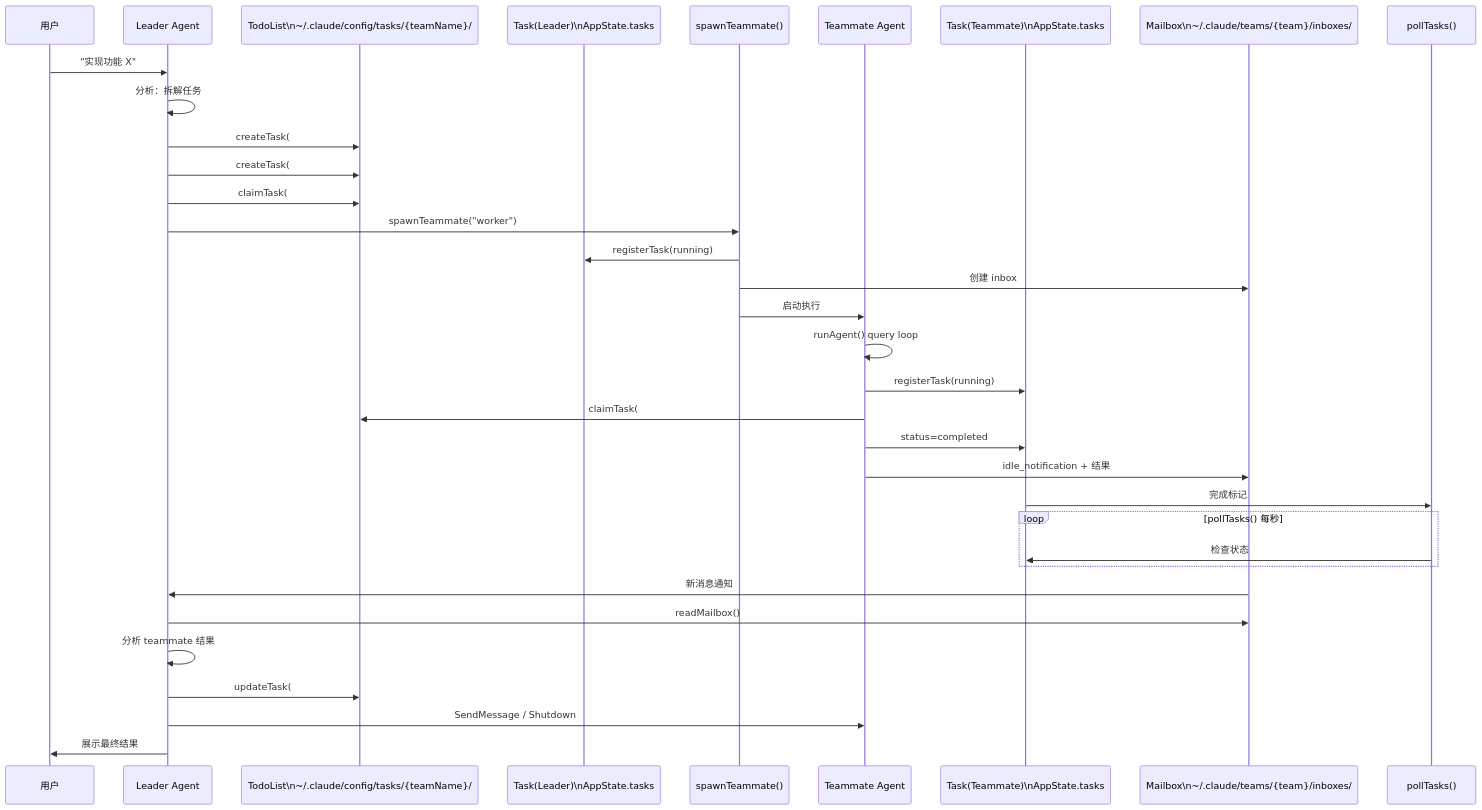
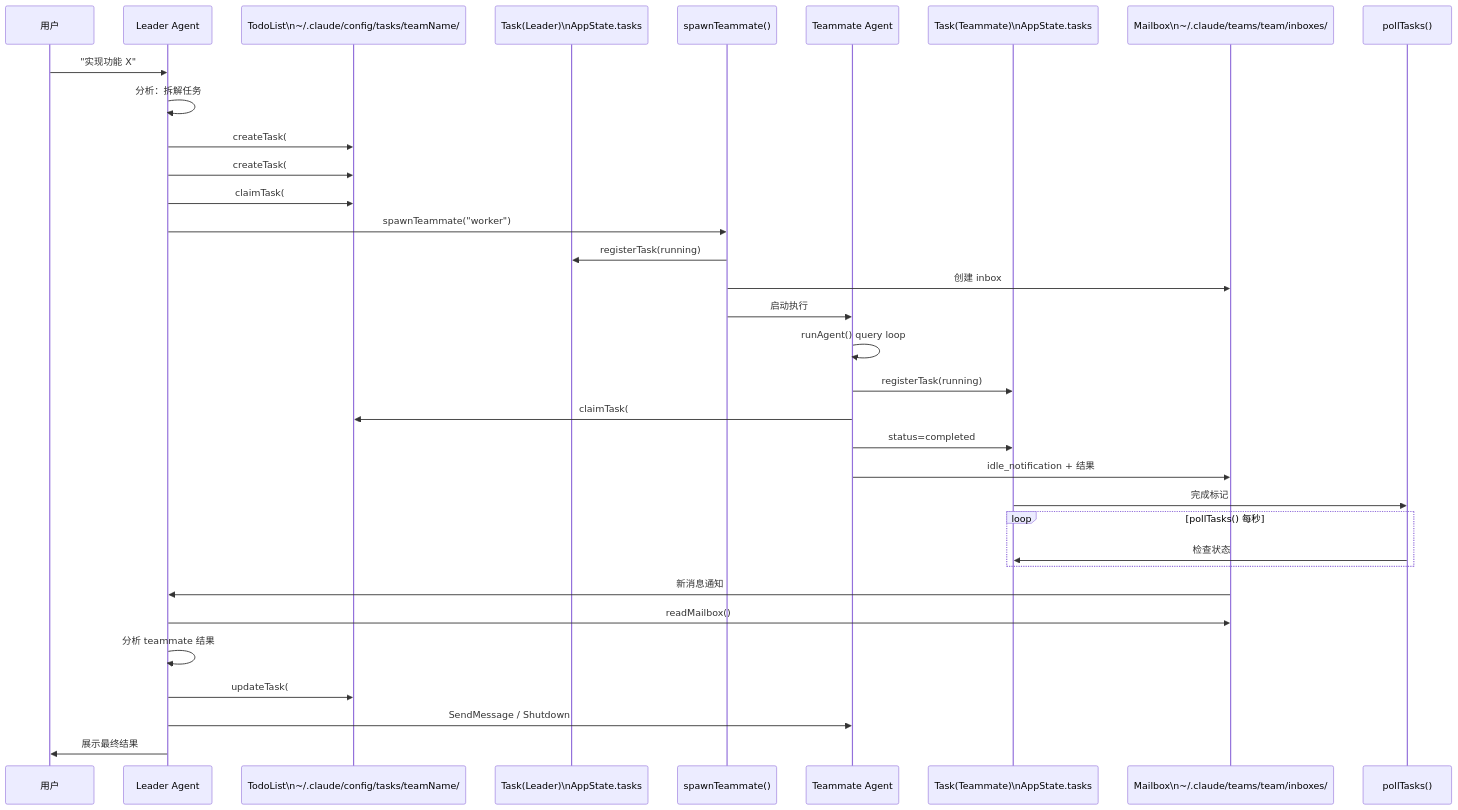
One commit to platootalp/harness-code changed diagram 16 of 16 in claude-code/docs/deep/TASK-SYSTEM.md. Above: the diagram before and after it, drawn with Mermaid. The commit also changed other lines of this file and 58 other files, not shown here.

````diff
--- a/claude-code/docs/deep/TASK-SYSTEM.md
+++ b/claude-code/docs/deep/TASK-SYSTEM.md
@@ -1293,43 +1293,43 @@
 ```mermaid
 sequenceDiagram
     participant User as 用户
     participant Leader as Leader Agent
-    participant TodoList as TodoList\n~/.claude/config/tasks/{teamName}/
+    participant TodoList as TodoList\n~/.claude/config/tasks/teamName/
     participant TaskLeader as Task(Leader)\nAppState.tasks
     participant Spawn as spawnTeammate()
     participant Teammate as Teammate Agent
     participant TaskMember as Task(Teammate)\nAppState.tasks
-    participant Mailbox as Mailbox\n~/.claude/teams/{team}/inboxes/
+    participant Mailbox as Mailbox\n~/.claude/teams/team/inboxes/
     participant Poll as pollTasks()
 
     User->>Leader: "实现功能 X"
     Leader->>Leader: 分析：拆解任务
     Leader->>TodoList: createTask(#1 "实现 API")
     Leader->>TodoList: createTask(#2 "写测试" blockedBy: #1)
     Leader->>TodoList: claimTask(#1) → status=in_progress
 
     Leader->>Spawn: spawnTeammate("worker")
     Spawn->>TaskLeader: registerTask(running)
     Spawn->>Mailbox: 创建 inbox
     Spawn->>Teammate: 启动执行
 
     Teammate->>Teammate: runAgent() query loop
     Teammate->>TaskMember: registerTask(running)
     Teammate->>TodoList: claimTask(#2) → 检查 #1 completed ✅
 
     Teammate->>TaskMember: status=completed
     Teammate->>Mailbox: idle_notification + 结果
     TaskMember->>Poll: 完成标记
 
     loop pollTasks() 每秒
         Poll->>TaskMember: 检查状态
     end
 
     Mailbox->>Leader: 新消息通知
     Leader->>Mailbox: readMailbox()
     Leader->>Leader: 分析 teammate 结果
     Leader->>TodoList: updateTask(#2, completed)
     Leader->>Teammate: SendMessage / Shutdown
 
     Leader->>User: 展示最终结果
 ```
````
